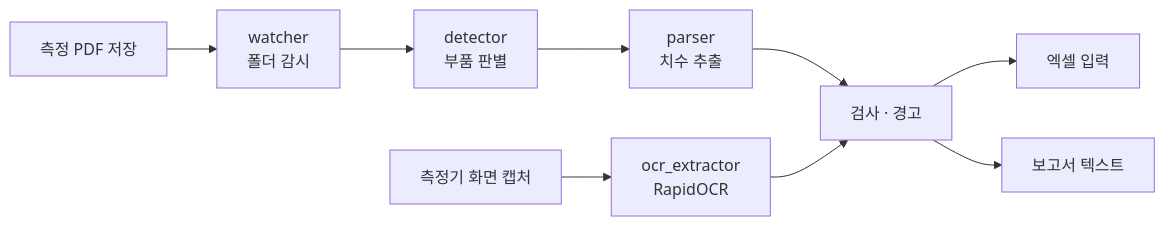
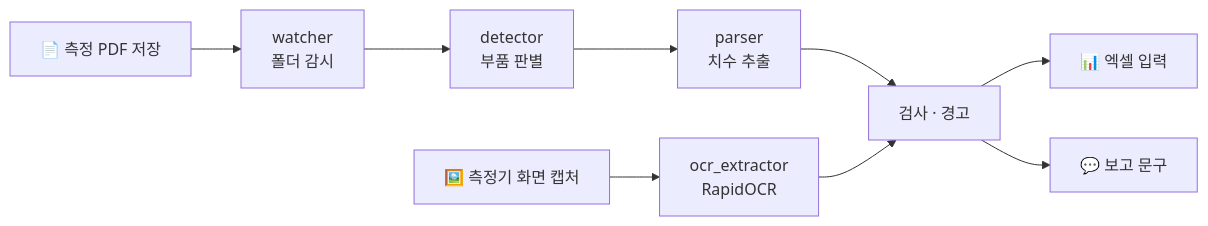
The diagram in README.md (william040408/measurement-automation), drawn with Mermaid before and after one commit. The commit also changed other lines of this file and 6 other files, not shown here.

````diff
--- a/README.md
+++ b/README.md
@@ -36,11 +67,11 @@
 ```mermaid
 flowchart LR
-  A[측정 PDF 저장] --> B[watcher<br/>폴더 감시]
+  A[📄 측정 PDF 저장] --> B[watcher<br/>폴더 감시]
   B --> C[detector<br/>부품 판별]
   C --> D[parser<br/>치수 추출]
-  E[측정기 화면 캡처] --> F[ocr_extractor<br/>RapidOCR]
+  E[🖼️ 측정기 화면 캡처] --> F[ocr_extractor<br/>RapidOCR]
   D --> G[검사 · 경고]
   F --> G
-  G --> H[엑셀 입력]
-  G --> I[보고서 텍스트]
+  G --> H[📊 엑셀 입력]
+  G --> I[💬 보고 문구]
 ```
````
